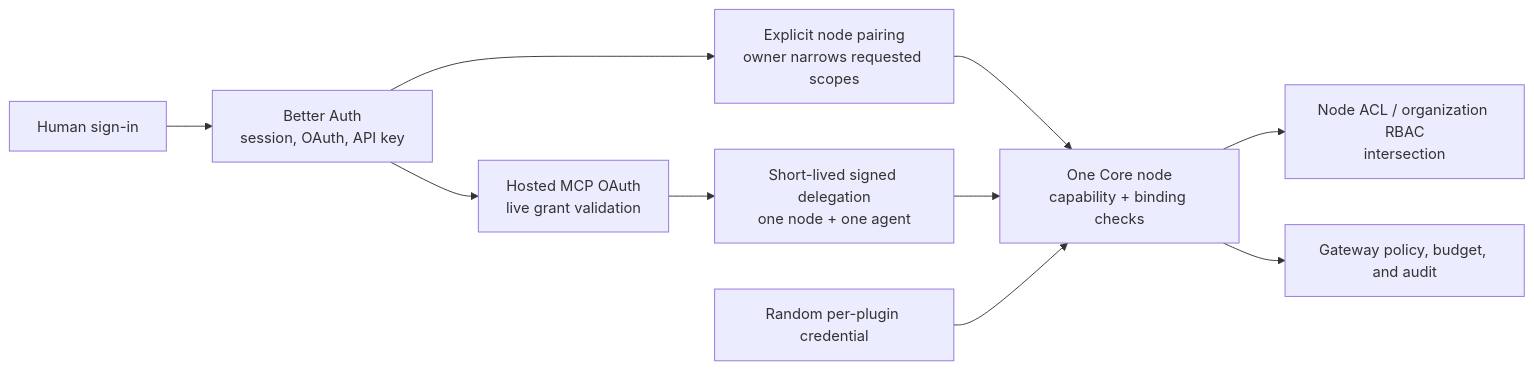
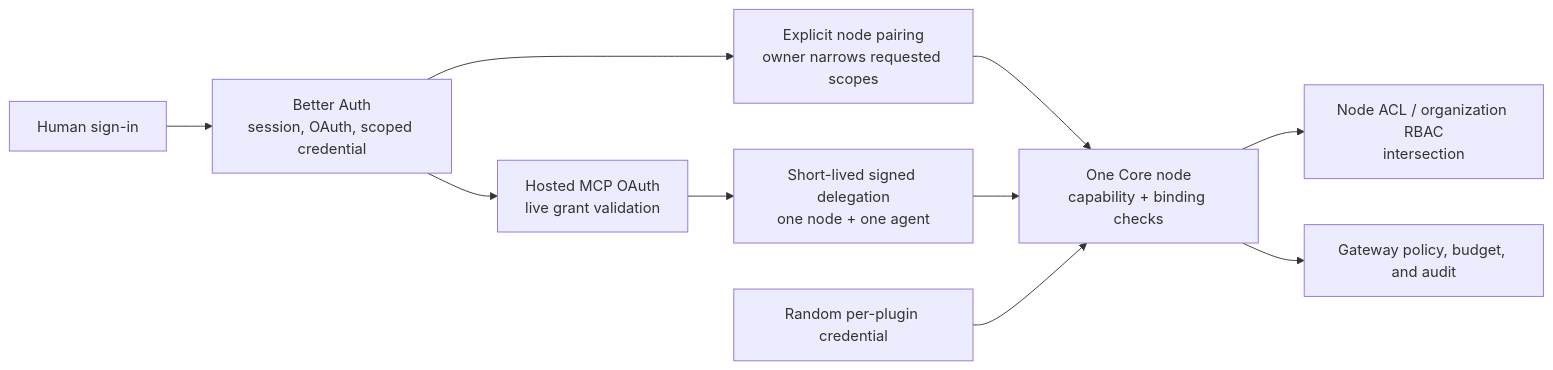
One commit to amajorai/ryu-docs changed the first of 13 diagrams in content/docs/security/authentication-and-pairing.mdx. Above: the diagram before and after it, drawn with Mermaid. The commit also changed other lines of this file and 305 other files, not shown here.

````diff
--- a/content/docs/security/authentication-and-pairing.mdx
+++ b/content/docs/security/authentication-and-pairing.mdx
@@ -39,12 +42,12 @@
 ```mermaid
 flowchart LR
-  Human["Human sign-in"] --> BA["Better Auth\nsession, OAuth, API key"]
+  Human["Human sign-in"] --> BA["Better Auth\nsession, OAuth, scoped credential"]
   BA --> Pair["Explicit node pairing\nowner narrows requested scopes"]
   BA --> Hosted["Hosted MCP OAuth\nlive grant validation"]
   Pair --> Core["One Core node\ncapability + binding checks"]
   Hosted --> Delegate["Short-lived signed delegation\none node + one agent"]
   Delegate --> Core
   Core --> ACL["Node ACL / organization RBAC\nintersection"]
   Core --> Gateway["Gateway policy, budget, and audit"]
   Plugin["Random per-plugin credential"] --> Core
 ```
````
